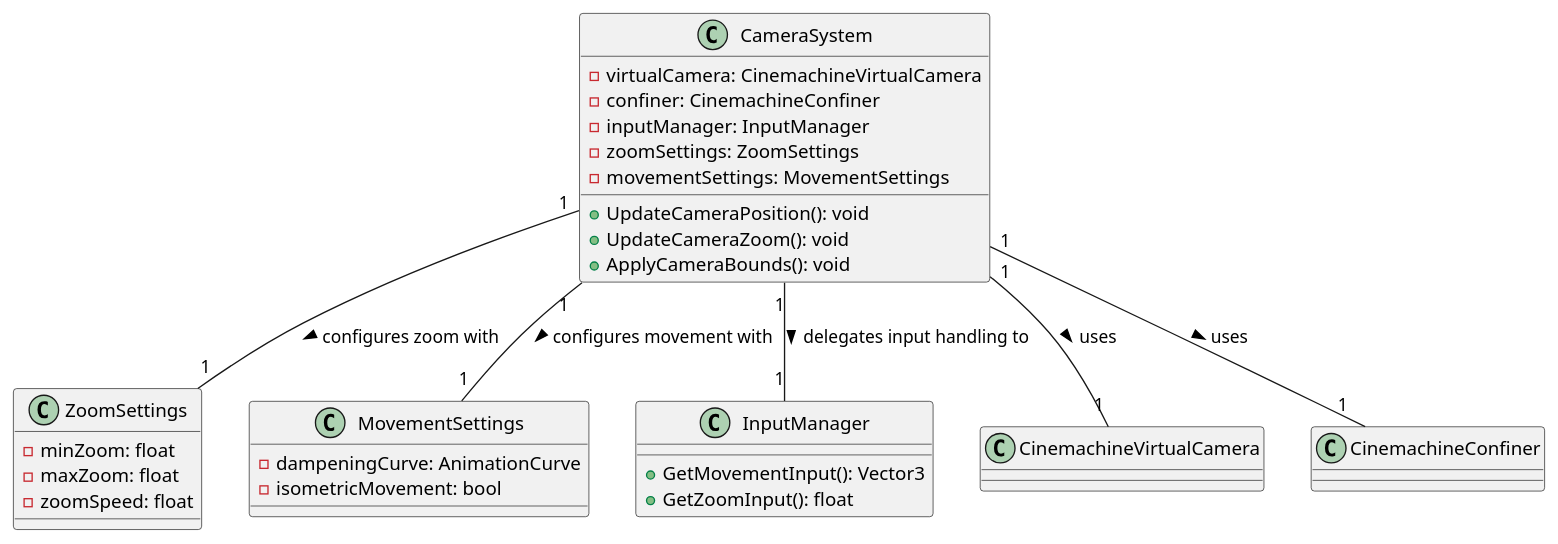
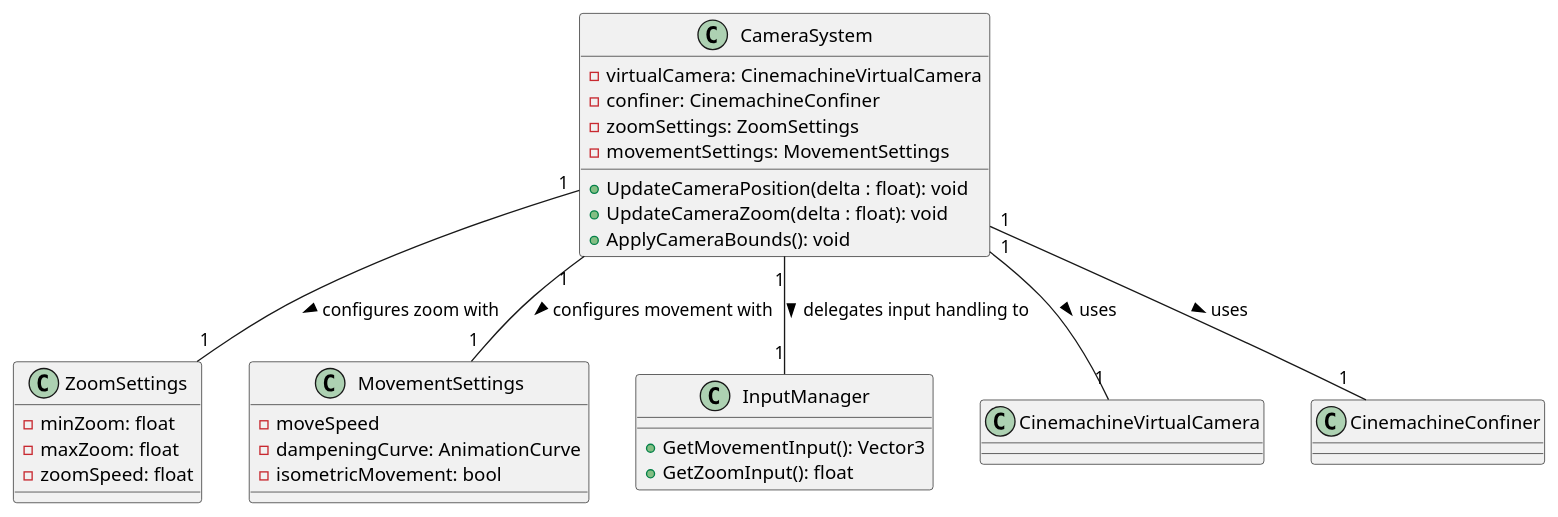
The diagram in UML/CameraSystem.puml (CarGAnd/FactoryGameJam), drawn with PlantUML before and after one commit. The commit also changed 6 other files, not shown here.

First line of the commit message:
[Feature] CameraSystem Implementation from UML

```diff
--- a/UML/CameraSystem.puml
+++ b/UML/CameraSystem.puml
@@ -1,40 +1,40 @@
 @startuml CameraSystem
 
 class CameraSystem {
     - virtualCamera: CinemachineVirtualCamera
     - confiner: CinemachineConfiner
-    - inputManager: InputManager
     - zoomSettings: ZoomSettings
     - movementSettings: MovementSettings
-    + UpdateCameraPosition(): void
-    + UpdateCameraZoom(): void
+    + UpdateCameraPosition(delta : float): void
+    + UpdateCameraZoom(delta : float): void
     + ApplyCameraBounds(): void
 }
 
 class ZoomSettings {
     - minZoom: float
     - maxZoom: float
     - zoomSpeed: float
 }
 
 class MovementSettings {
+    - moveSpeed
     - dampeningCurve: AnimationCurve
     - isometricMovement: bool
 }
 
 class InputManager {
     + GetMovementInput(): Vector3
     + GetZoomInput(): float
 }
 
 class CinemachineVirtualCamera {}
 
 class CinemachineConfiner {}
 
 CameraSystem "1" -- "1" CinemachineVirtualCamera : uses >
 CameraSystem "1" -- "1" CinemachineConfiner : uses >
 CameraSystem "1" -- "1" InputManager : delegates input handling to >
 CameraSystem "1" -- "1" ZoomSettings : configures zoom with >
 CameraSystem "1" -- "1" MovementSettings : configures movement with >
 
 @enduml
```
